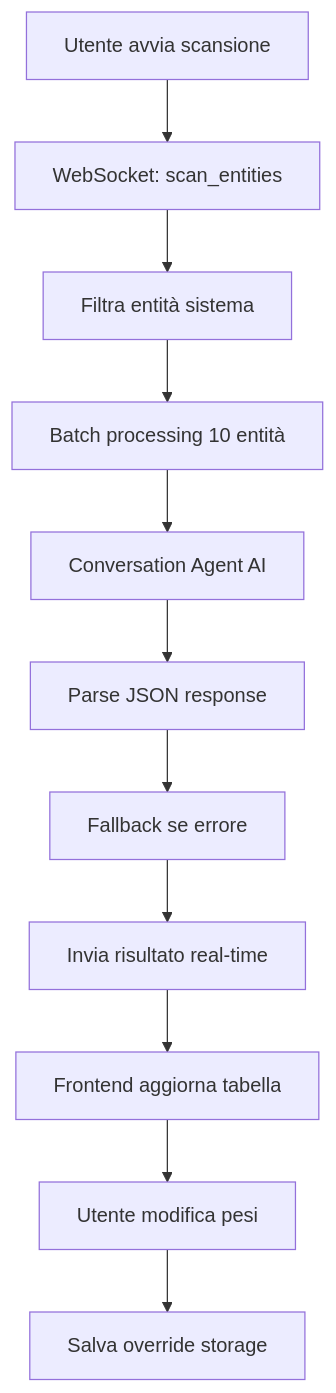
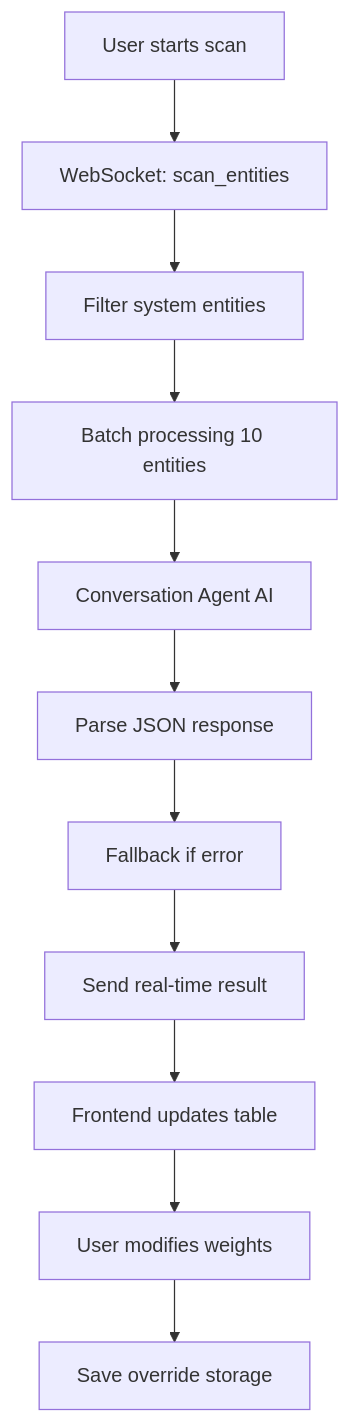
The diagram in DEVELOPER.md (dadaloop82/hass_ai), drawn with Mermaid before and after one commit. The commit also changed other lines of this file and 4 other files, not shown here.

````diff
--- a/DEVELOPER.md
+++ b/DEVELOPER.md
@@ -65,13 +65,13 @@
 ```mermaid
 graph TD
-    A[Utente avvia scansione] --> B[WebSocket: scan_entities]
-    B --> C[Filtra entità sistema]
-    C --> D[Batch processing 10 entità]
+    A[User starts scan] --> B[WebSocket: scan_entities]
+    B --> C[Filter system entities]
+    C --> D[Batch processing 10 entities]
     D --> E[Conversation Agent AI]
     E --> F[Parse JSON response]
-    F --> G[Fallback se errore]
-    G --> H[Invia risultato real-time]
-    H --> I[Frontend aggiorna tabella]
-    I --> J[Utente modifica pesi]
-    J --> K[Salva override storage]
+    F --> G[Fallback if error]
+    G --> H[Send real-time result]
+    H --> I[Frontend updates table]
+    I --> J[User modifies weights]
+    J --> K[Save override storage]
 ```
````
